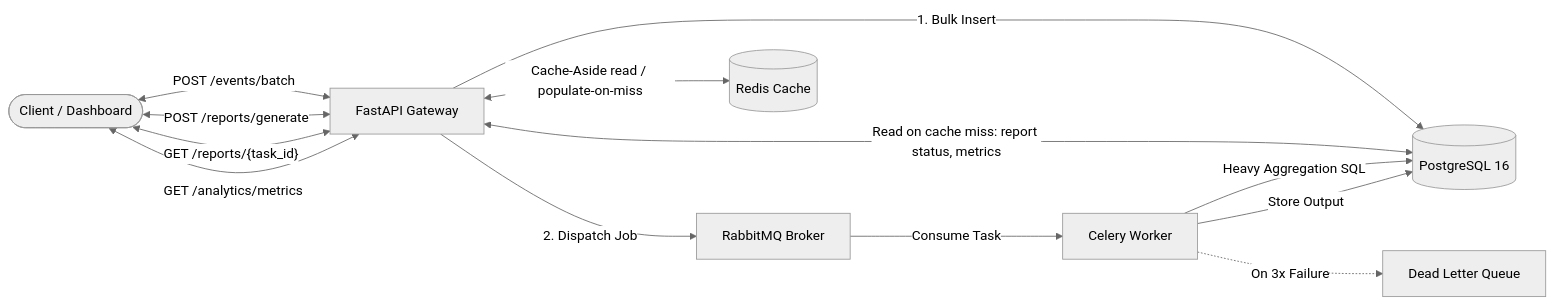
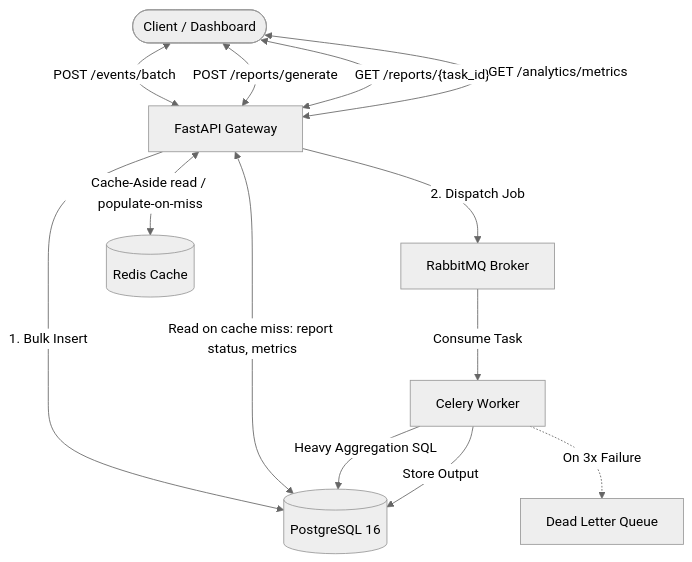
One commit to Avrhambi/async-report-engine changed the diagram in README.md. Above: the diagram before and after it, drawn with Mermaid (neutral theme). The commit also changed other lines of this file and 1 other file, not shown here.

Commit message:
readme: switch system diagram to vertical (TD) layout

````diff
--- a/README.md
+++ b/README.md
@@ -25,17 +25,17 @@
 ```mermaid
-flowchart LR
+flowchart TD
     Client([Client / Dashboard]) <-->|"POST /events/batch"| API[FastAPI Gateway]
     Client <-->|"POST /reports/generate"| API
     Client <-->|"GET /reports/{task_id}"| API
     Client <-->|"GET /analytics/metrics"| API
 
     API -->|1. Bulk Insert| DB[(PostgreSQL 16)]
     API -->|2. Dispatch Job| RMQ[RabbitMQ Broker]
     API <-->|Cache-Aside read / populate-on-miss| REDIS[(Redis Cache)]
     API <-->|"Read on cache miss: report status, metrics"| DB
 
     RMQ -->|Consume Task| WORKER[Celery Worker]
     WORKER -->|Heavy Aggregation SQL| DB
     WORKER -->|Store Output| DB
     WORKER -.->|On 3x Failure| DLQ[Dead Letter Queue]
 ```
````
